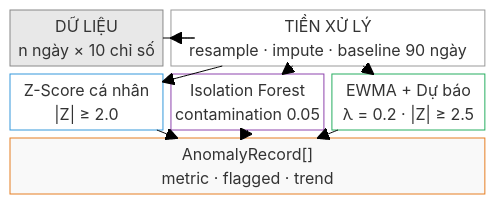
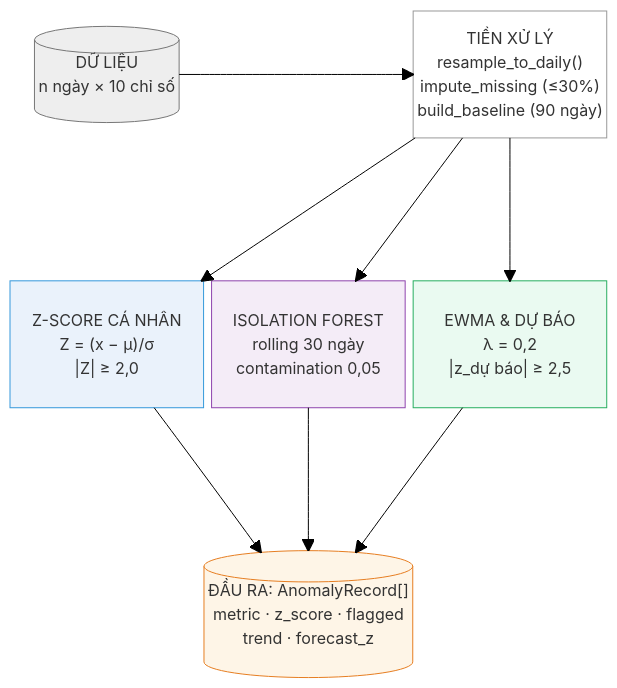
One commit to dotlinux26/health-risk-early-warning changed the diagram in docs/figures/fig8_tier1_detail.mmd. Above: the diagram before and after it, drawn with Mermaid (forest theme). The commit also changed 8 other files, not shown here.

```diff
--- a/docs/figures/fig8_tier1_detail.mmd
+++ b/docs/figures/fig8_tier1_detail.mmd
@@ -1,21 +1,24 @@
 block-beta
   columns 3
-  RAW["DỮ LIỆU\nn ngày × 10 chỉ số"]:1
-  PRE["TIỀN XỬ LÝ\nresample · impute · baseline 90 ngày"]:2
-  ZS["Z-Score cá nhân\n|Z| ≥ 2.0"]:1
-  IF1["Isolation Forest\ncontamination 0.05"]:1
-  EW["EWMA + Dự báo\nλ = 0.2 · |Z| ≥ 2.5"]:1
-  OUT["AnomalyRecord[]\nmetric · flagged · trend"]:3
+  RAW[("DỮ LIỆU\nn ngày × 10 chỉ số")]:1
+  space:1
+  PRE["TIỀN XỬ LÝ\nresample_to_daily()\nimpute_missing (≤30%)\nbuild_baseline (90 ngày)"]:1
+  space:3
+  ZS["Z-SCORE CÁ NHÂN\nZ = (x − μ)/σ\n|Z| ≥ 2,0"]:1
+  IF["ISOLATION FOREST\nrolling 30 ngày\ncontamination 0,05"]:1
+  EW["EWMA & DỰ BÁO\nλ = 0,2\n|z_dự báo| ≥ 2,5"]:1
+  space:3
+  OUT[("ĐẦU RA: AnomalyRecord[]\nmetric · z_score · flagged\ntrend · forecast_z")]:3
   RAW --> PRE
   PRE --> ZS
-  PRE --> IF1
+  PRE --> IF
   PRE --> EW
   ZS --> OUT
-  IF1 --> OUT
+  IF --> OUT
   EW --> OUT
-  style RAW fill:#e8e8e8,stroke:#888,color:#222
+  style RAW fill:#eee,stroke:#777,color:#222
   style PRE fill:#fff,stroke:#999,color:#222
-  style ZS fill:#fff,stroke:#3498db,color:#222
-  style IF1 fill:#fff,stroke:#8e44ad,color:#222
-  style EW fill:#fff,stroke:#27ae60,color:#222
-  style OUT fill:#f9f9f9,stroke:#e67e22,color:#222
+  style ZS fill:#eaf2fb,stroke:#3498db,color:#222
+  style IF fill:#f4ecf7,stroke:#8e44ad,color:#222
+  style EW fill:#eafaf1,stroke:#27ae60,color:#222
+  style OUT fill:#fef5e7,stroke:#e67e22,color:#222
```
